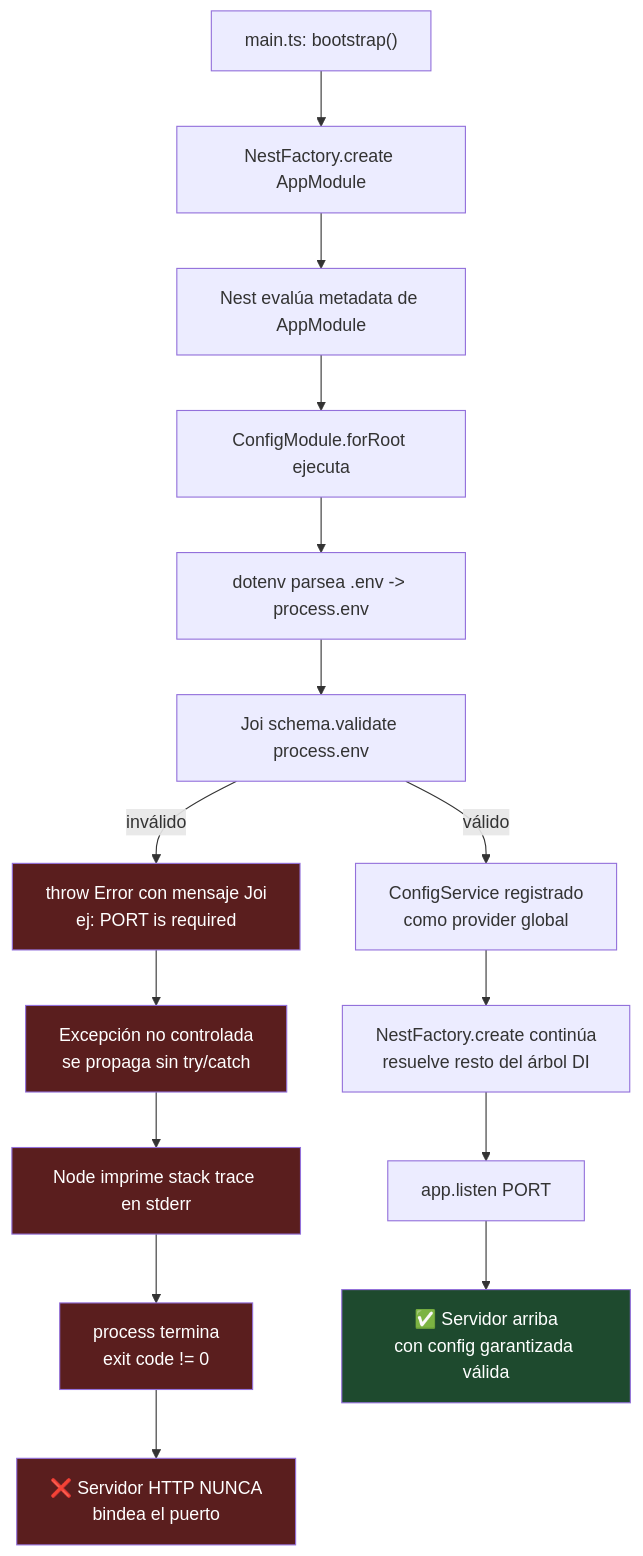
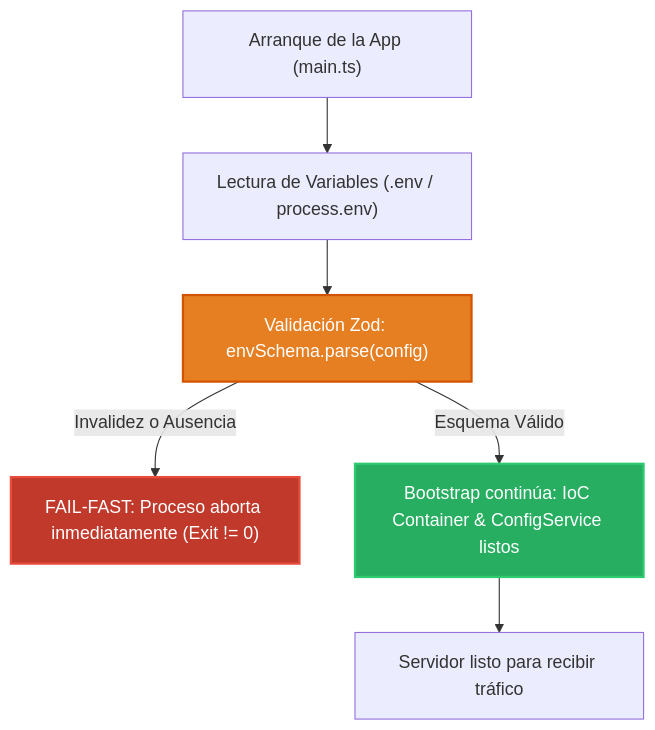
One commit to PatricioOsorio/nest-first-app changed the diagram in notes/0-project-setup/0.3-env-fail-fast-validation.md. Above: the diagram before and after it, drawn with Mermaid. The commit also changed other lines of this file and 12 other files, not shown here.

````diff
--- a/notes/0-project-setup/0.3-env-fail-fast-validation.md
+++ b/notes/0-project-setup/0.3-env-fail-fast-validation.md
@@ -38,26 +11,12 @@
 ```mermaid
 flowchart TD
-    A["main.ts: bootstrap()"] --> B["NestFactory.create AppModule"]
-    B --> C["Nest evalúa metadata de AppModule"]
-    C --> D["ConfigModule.forRoot ejecuta"]
-    D --> E["dotenv parsea .env -> process.env"]
-    E --> F["Joi schema.validate process.env"]
-    F -->|"válido"| G["ConfigService registrado<br/>como provider global"]
-    F -->|"inválido"| H["throw Error con mensaje Joi<br/>ej: PORT is required"]
+    Start["Arranque de la App (main.ts)"] --> LoadEnv["Lectura de Variables (.env / process.env)"]
+    LoadEnv --> Validate["Validación Zod: envSchema.parse(config)"]
+    Validate -->|"Invalidez o Ausencia"| Crash["FAIL-FAST: Proceso aborta inmediatamente (Exit != 0)"]
+    Validate -->|"Esquema Válido"| IoC["Bootstrap continúa: IoC Container & ConfigService listos"]
+    IoC --> Listen["Servidor listo para recibir tráfico"]
 
-    H --> I["Excepción no controlada<br/>se propaga sin try/catch"]
-    I --> J["Node imprime stack trace en stderr"]
-    J --> K["process termina<br/>exit code != 0"]
-    K --> L["❌ Servidor HTTP NUNCA<br/>bindea el puerto"]
-
-    G --> M["NestFactory.create continúa<br/>resuelve resto del árbol DI"]
-    M --> N["app.listen PORT"]
-    N --> O["✅ Servidor arriba<br/>con config garantizada válida"]
-
-    style H fill:#5a1e1e,color:#fff
-    style I fill:#5a1e1e,color:#fff
-    style J fill:#5a1e1e,color:#fff
-    style K fill:#5a1e1e,color:#fff
-    style L fill:#5a1e1e,color:#fff
-    style O fill:#1e4a2e,color:#fff
+    style Validate fill:#e67e22,stroke:#d35400,stroke-width:2px,color:#fff
+    style Crash fill:#c0392b,stroke:#e74c3c,stroke-width:2px,color:#fff
+    style IoC fill:#27ae60,stroke:#2ecc71,stroke-width:2px,color:#fff
 ```
````
